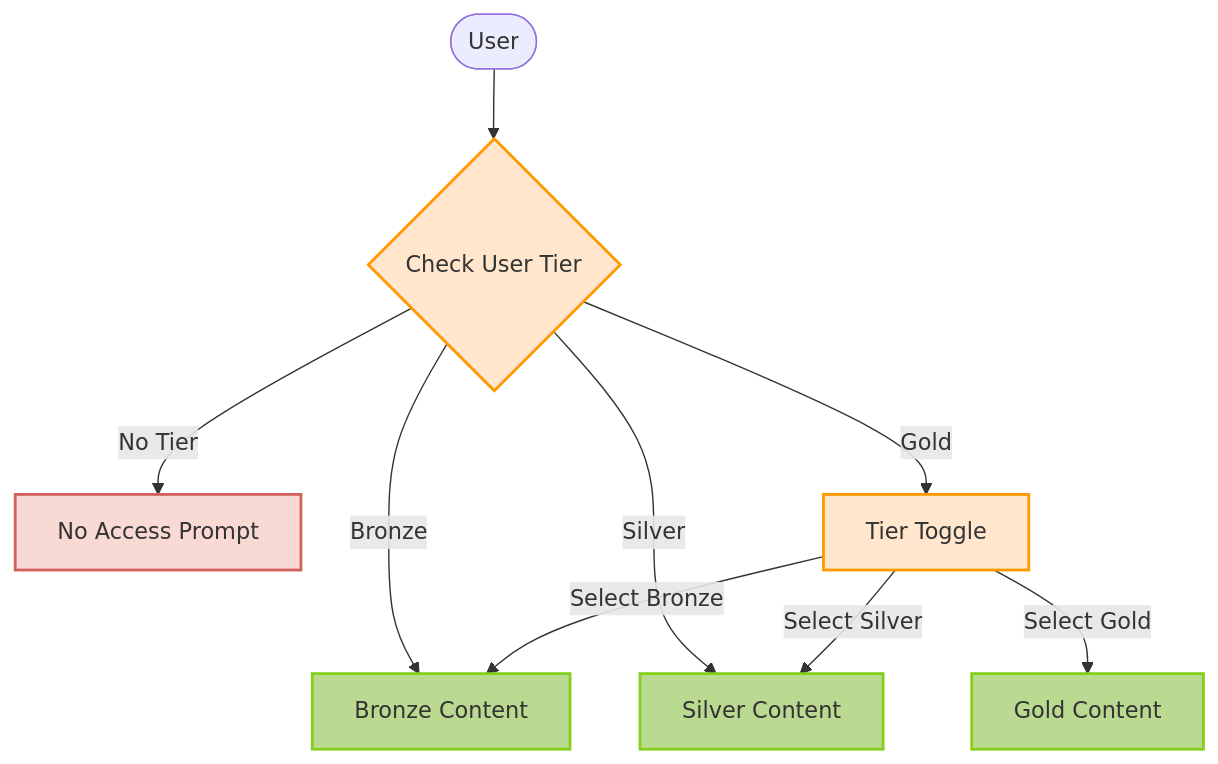
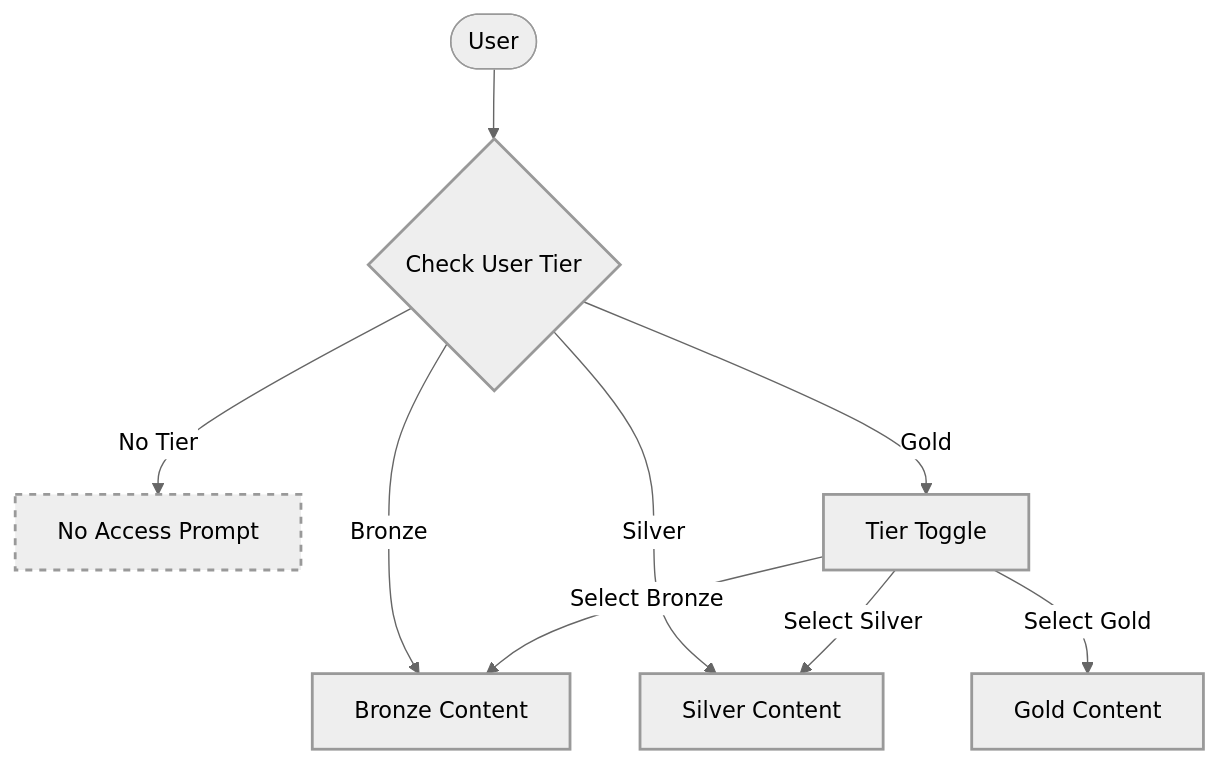
Before and after one commit to jmakwana01/InsightTiers: the seventh of 10 diagrams in README.md, drawn with Mermaid. The commit also changed other lines of this file, not shown here.

````diff
--- a/README.md
+++ b/README.md
@@ -367,28 +371,28 @@
 ```mermaid
+%%{init: {'theme':'neutral', 'themeVariables': {'primaryColor': '#f5f5f5', 'primaryTextColor': '#000000', 'primaryBorderColor': '#333333', 'lineColor': '#666666', 'fontFamily': 'arial'}}}%%
 graph TD
     User([User])
     CheckTier{Check User Tier}
     NoAccess[No Access Prompt]
     Bronze[Bronze Content]
     Silver[Silver Content]
     Gold[Gold Content]
     Toggle[Tier Toggle]
     
     User --> CheckTier
     CheckTier -->|No Tier| NoAccess
     CheckTier -->|Bronze| Bronze
     CheckTier -->|Silver| Silver
     CheckTier -->|Gold| Toggle
     
     Toggle -->|Select Bronze| Bronze
     Toggle -->|Select Silver| Silver
     Toggle -->|Select Gold| Gold
     
-    classDef check fill:#ffe6cc,stroke:#ff9900,stroke-width:2px;
-    classDef content fill:#bad991,stroke:#83d01b,stroke-width:2px;
-    classDef noAccess fill:#f9d9d4,stroke:#d1605a,stroke-width:2px;
-    
-    class CheckTier,Toggle check;
-    class Bronze,Silver,Gold content;
-    class NoAccess noAccess;
+    style CheckTier stroke-width:2px
+    style Toggle stroke-width:2px
+    style Bronze stroke-width:2px
+    style Silver stroke-width:2px
+    style Gold stroke-width:2px
+    style NoAccess stroke-width:2px,stroke-dasharray:5 5
 ```
````
